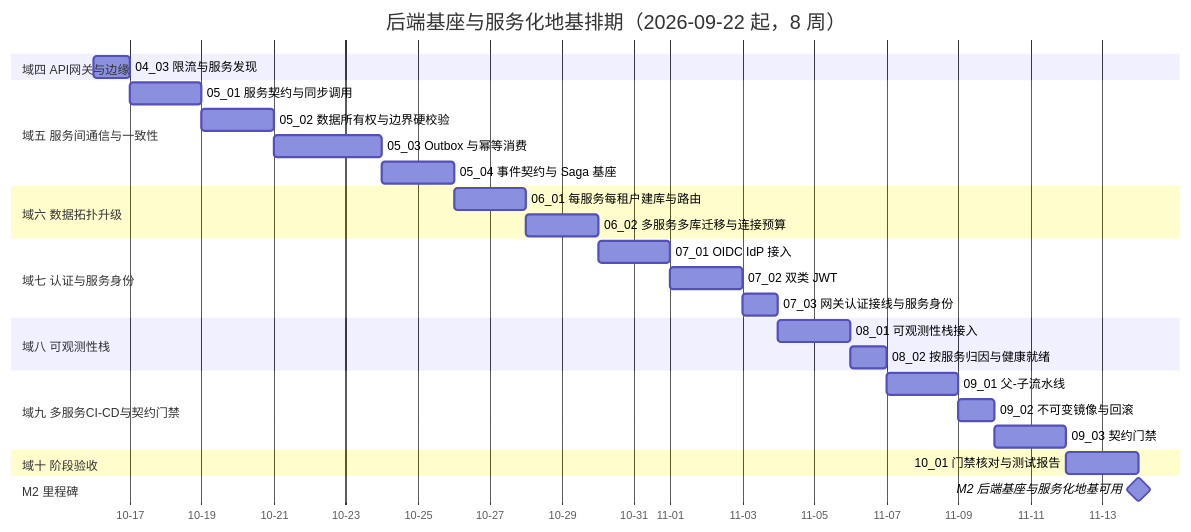
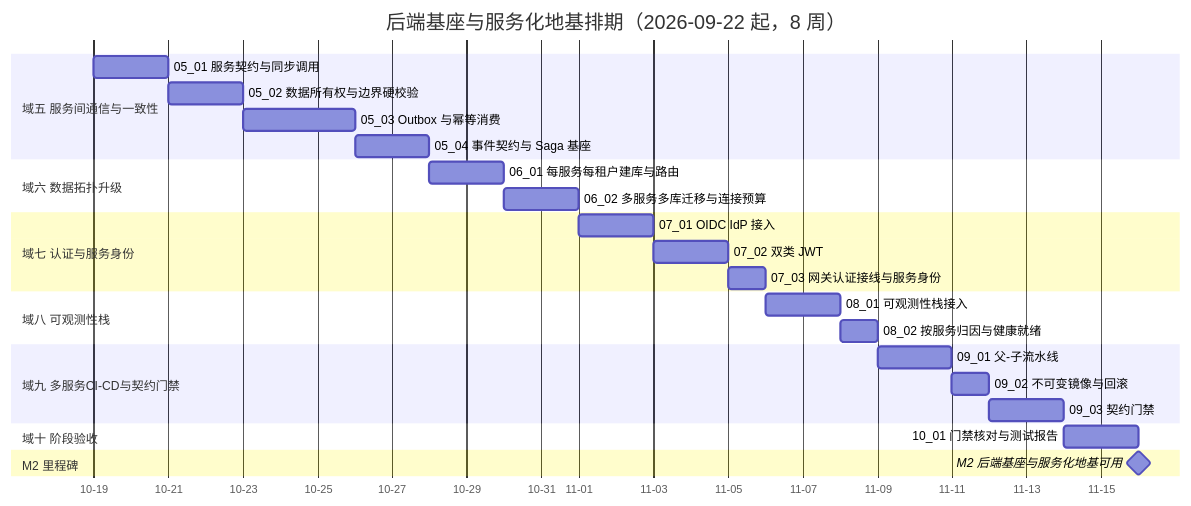
Before and after one commit to minjian123/basic-management-system: the diagram in bms文档/项目/02_后端基座与服务化地基/计划/01_计划_后端基座与服务化地基.md, drawn with Mermaid. The commit also changed other lines of this file and 7 other files, not shown here.

````diff
--- a/bms文档/项目/02_后端基座与服务化地基/计划/01_计划_后端基座与服务化地基.md
+++ b/bms文档/项目/02_后端基座与服务化地基/计划/01_计划_后端基座与服务化地基.md
@@ -57,31 +57,29 @@
 ```mermaid
 gantt
     title 后端基座与服务化地基排期（2026-09-22 起，8 周）
     dateFormat  YYYY-MM-DD
     axisFormat %m-%d
-    section 域四 API网关与边缘
-    04_03 限流与服务发现 :a0403, 2026-10-16, 1d
     section 域五 服务间通信与一致性
-    05_01 服务契约与同步调用 :a0501, after a0403, 2d
+    05_01 服务契约与同步调用 :a0501, 2026-10-19, 2d
     05_02 数据所有权与边界硬校验 :a0502, after a0501, 2d
     05_03 Outbox 与幂等消费 :a0503, after a0502, 3d
     05_04 事件契约与 Saga 基座 :a0504, after a0503, 2d
     section 域六 数据拓扑升级
     06_01 每服务每租户建库与路由 :a0601, after a0504, 2d
     06_02 多服务多库迁移与连接预算 :a0602, after a0601, 2d
     section 域七 认证与服务身份
     07_01 OIDC IdP 接入 :a0701, after a0602, 2d
     07_02 双类 JWT :a0702, after a0701, 2d
     07_03 网关认证接线与服务身份 :a0703, after a0702, 1d
     section 域八 可观测性栈
     08_01 可观测性栈接入 :a0801, after a0703, 2d
     08_02 按服务归因与健康就绪 :a0802, after a0801, 1d
     section 域九 多服务CI-CD与契约门禁
     09_01 父-子流水线 :a0901, after a0802, 2d
     09_02 不可变镜像与回滚 :a0902, after a0901, 1d
     09_03 契约门禁 :a0903, after a0902, 2d
     section 域十 阶段验收
     10_01 门禁核对与测试报告 :a1001, after a0903, 2d
     section M2 里程碑
     M2 后端基座与服务化地基可用 :milestone, mm2, after a1001, 0d
 ```
````
